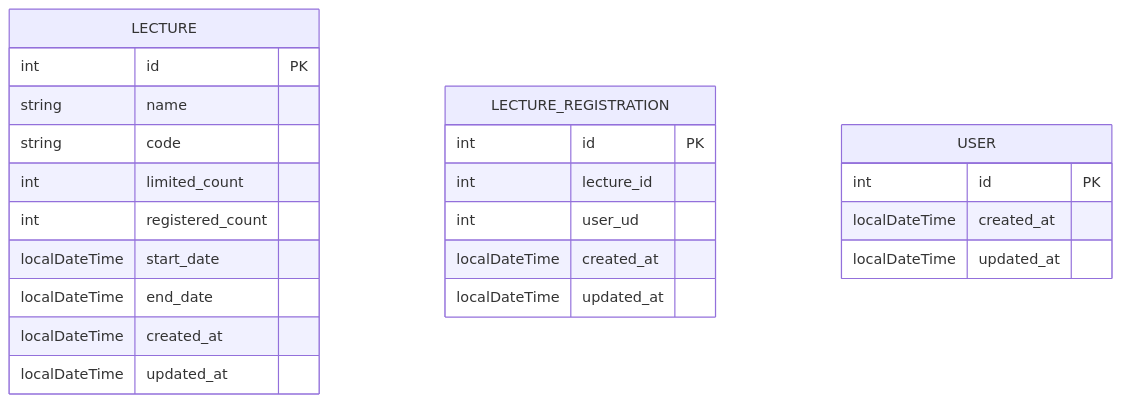
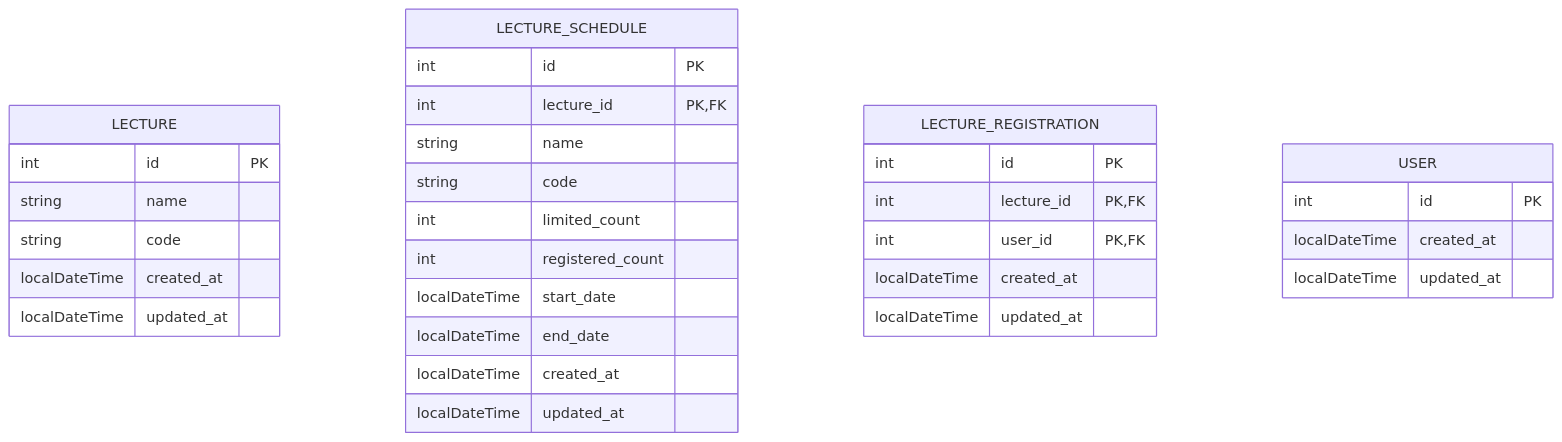
Before and after one commit to jikimee64/hhplus-lectures-java: the diagram in README.md, drawn with Mermaid.

Commit message:
docs: erd 변경

````diff
--- a/README.md
+++ b/README.md
@@ -18,28 +18,37 @@
 ```mermaid
 erDiagram
     LECTURE {
         int id PK
+        string name
+        string code
+        localDateTime created_at
+        localDateTime updated_at
+    }
+
+    LECTURE_SCHEDULE{
+        int id PK
+        int lecture_id PK,FK
         string name
         string code
         int limited_count
         int registered_count
         localDateTime start_date
         localDateTime end_date
         localDateTime created_at
         localDateTime updated_at
     }
 
     LECTURE_REGISTRATION {
         int id PK
-        int lecture_id
-        int user_ud
+        int lecture_id PK,FK
+        int user_id PK,FK
         localDateTime created_at
         localDateTime updated_at
     }
 
     USER {
         int id PK
         localDateTime created_at
         localDateTime updated_at
     }
 ```
````
